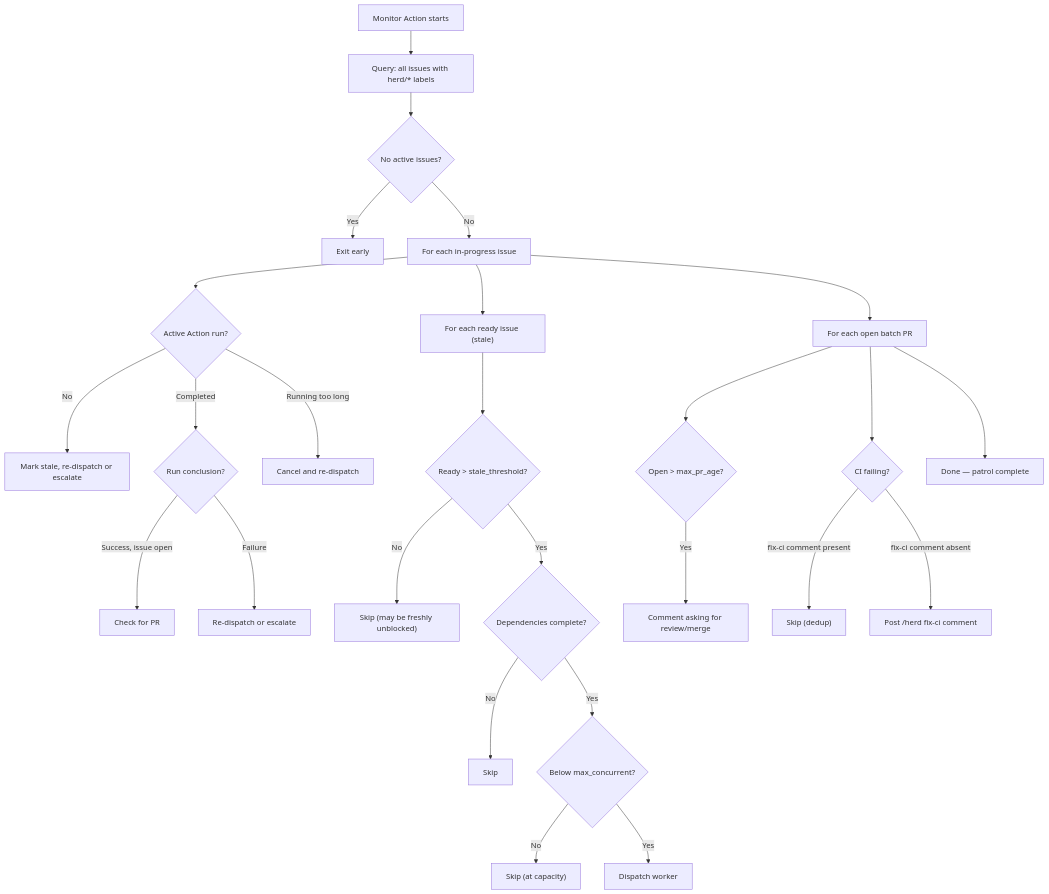
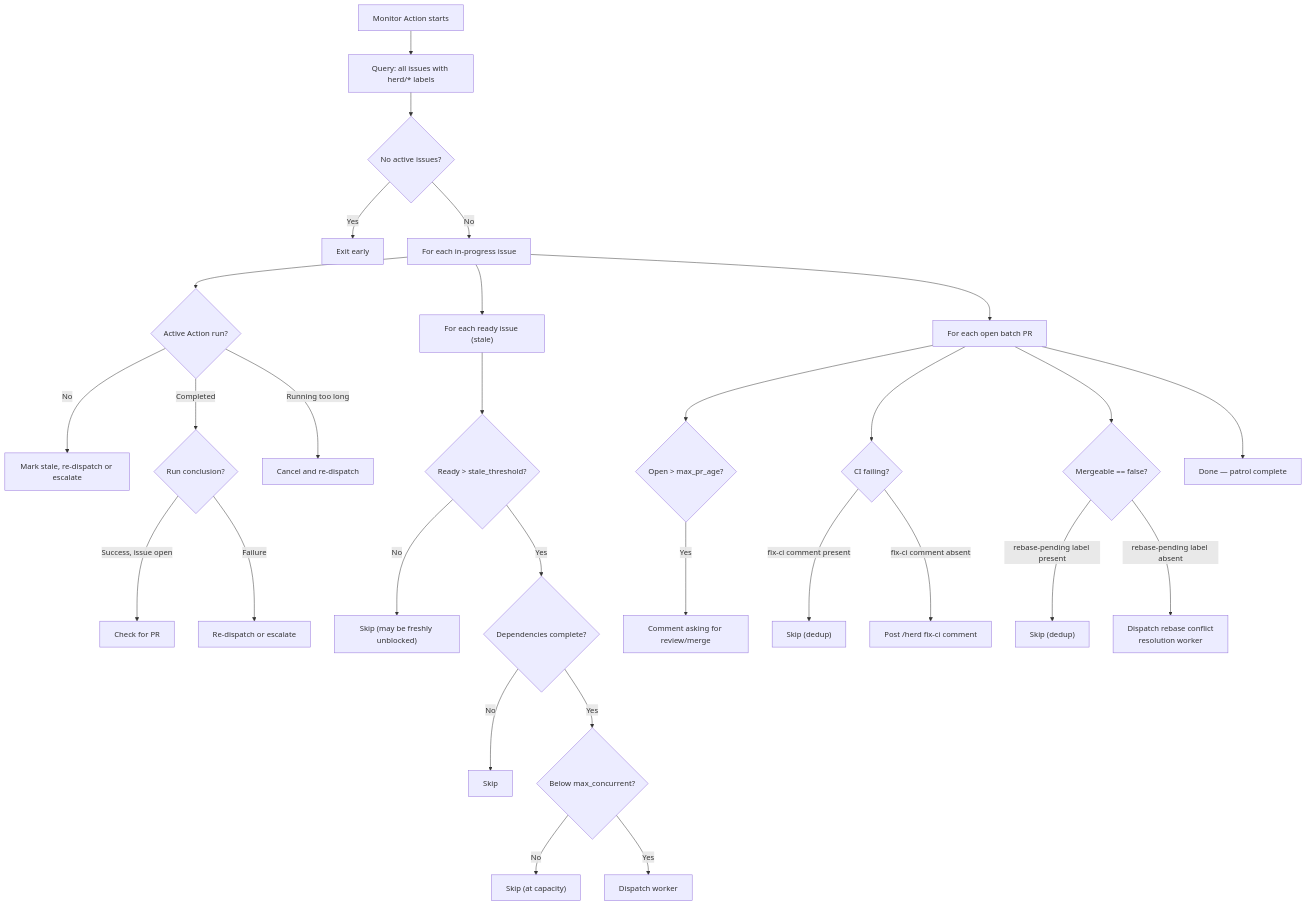
One commit to Herd-OS/herd-os.com changed the seventh of 11 diagrams in src/content/docs/design/execution.md. Above: the diagram before and after it, drawn with Mermaid. The commit also changed other lines of this file, not shown here.

````diff
--- a/src/content/docs/design/execution.md
+++ b/src/content/docs/design/execution.md
@@ -451,32 +499,36 @@
 ```mermaid
 graph TD
     A["Monitor Action starts"] --> B["Query: all issues with herd/* labels"]
     B --> C{"No active issues?"}
     C -->|Yes| EXIT["Exit early"]
     C -->|No| D["For each in-progress issue"]
 
     D --> D1{"Active Action run?"}
     D1 -->|No| D1a["Mark stale, re-dispatch or escalate"]
     D1 -->|Completed| D2{"Run conclusion?"}
     D2 -->|Success, issue open| D2a["Check for PR"]
     D2 -->|Failure| D2b["Re-dispatch or escalate"]
     D1 -->|Running too long| D3["Cancel and re-dispatch"]
 
     D --> D4["For each ready issue (stale)"]
     D4 --> D4a{"Ready > stale_threshold?"}
     D4a -->|No| D4b["Skip (may be freshly unblocked)"]
     D4a -->|Yes| D4c{"Dependencies complete?"}
     D4c -->|No| D4d["Skip"]
     D4c -->|Yes| D4e{"Below max_concurrent?"}
     D4e -->|No| D4f["Skip (at capacity)"]
     D4e -->|Yes| D4g["Dispatch worker"]
 
     D --> E["For each open batch PR"]
     E --> E1{"Open > max_pr_age?"}
     E1 -->|Yes| E1a["Comment asking for review/merge"]
     E --> E2{"CI failing?"}
     E2 -->|fix-ci comment present| E2a["Skip (dedup)"]
     E2 -->|fix-ci comment absent| E2b["Post /herd fix-ci comment"]
 
+    E --> E3{"Mergeable == false?"}
+    E3 -->|rebase-pending label present| E3a["Skip (dedup)"]
+    E3 -->|rebase-pending label absent| E3b["Dispatch rebase conflict<br>resolution worker"]
+
     E --> F["Done — patrol complete"]
 ```
````
